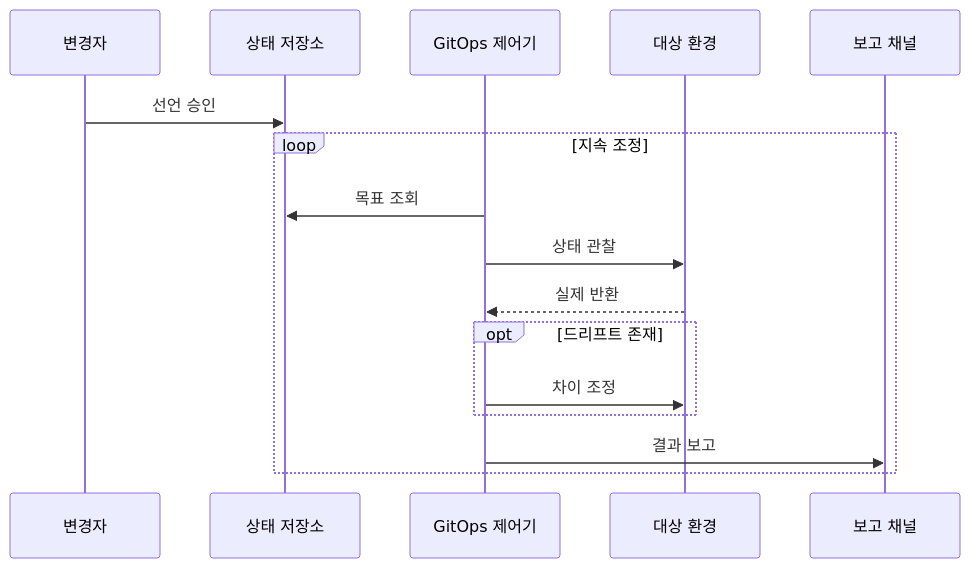
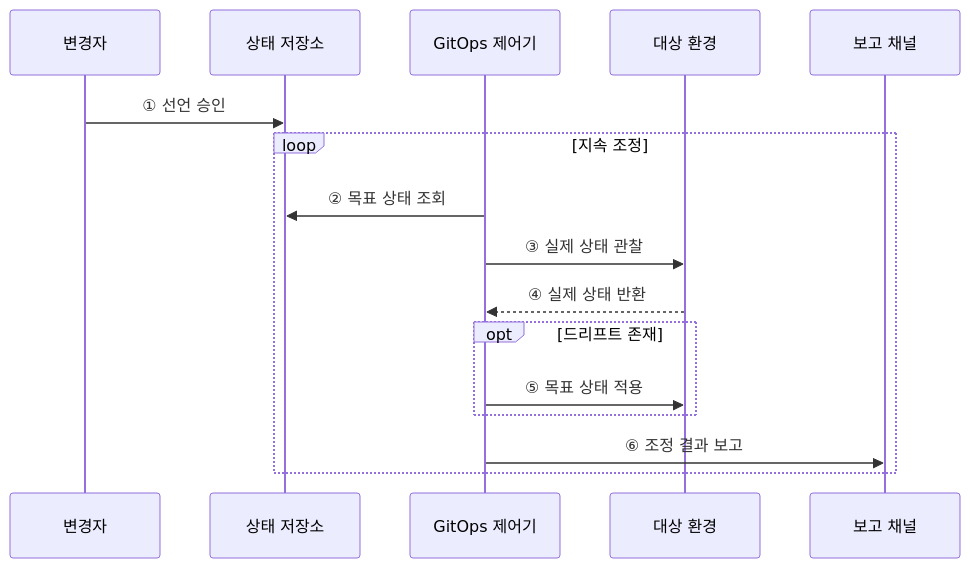
The second of 2 diagrams in src/content/docs/notes/03-software/055_gitops.md (agnusdei1207/knowledge-base), drawn with Mermaid before and after one commit. The commit also changed other lines of this file and 20 other files, not shown here.

````diff
--- a/src/content/docs/notes/03-software/055_gitops.md
+++ b/src/content/docs/notes/03-software/055_gitops.md
@@ -95,18 +84,18 @@
 ```mermaid
 sequenceDiagram
     participant U as 변경자
     participant R as 상태 저장소
     participant C as GitOps 제어기
     participant E as 대상 환경
     participant N as 보고 채널
-    U->>R: 선언 승인
+    U->>R: ① 선언 승인
     loop 지속 조정
-        C->>R: 목표 조회
-        C->>E: 상태 관찰
-        E-->>C: 실제 반환
+        C->>R: ② 목표 상태 조회
+        C->>E: ③ 실제 상태 관찰
+        E-->>C: ④ 실제 상태 반환
         opt 드리프트 존재
-            C->>E: 차이 조정
+            C->>E: ⑤ 목표 상태 적용
         end
-        C->>N: 결과 보고
+        C->>N: ⑥ 조정 결과 보고
     end
 ```
````
